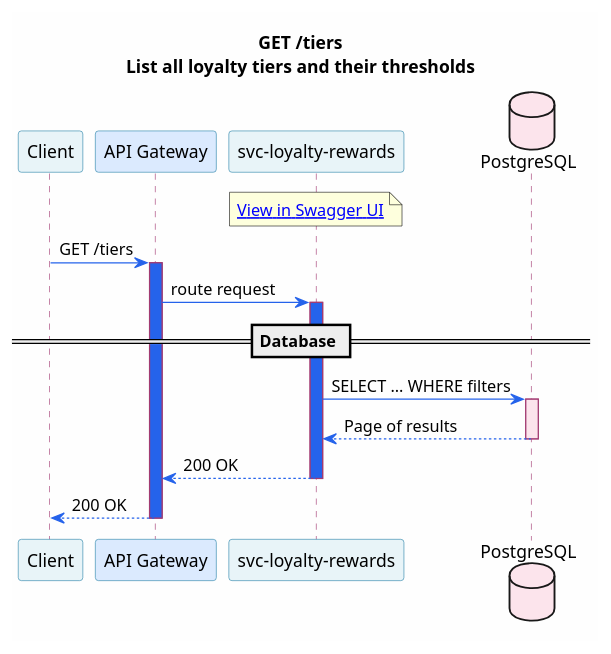
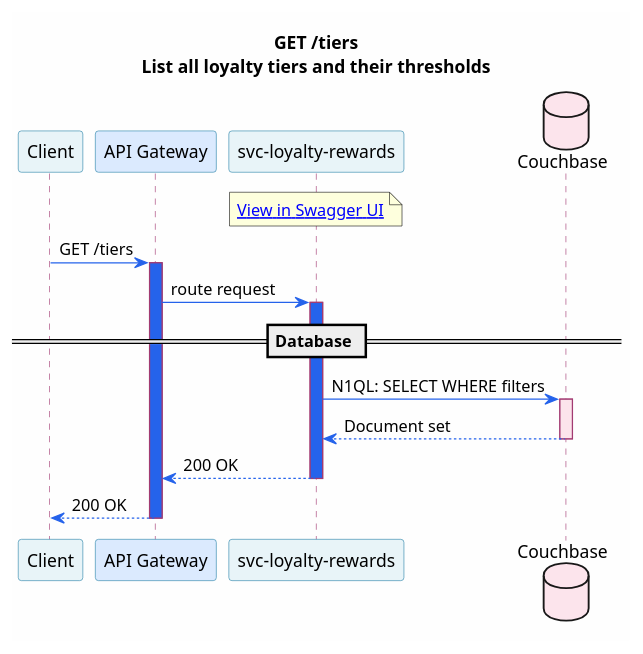
The diagram in portal/site/microservices/puml/svc-loyalty-rewards--get-tiers.puml (christopherblaisdell/continuous-architecture-platform-poc), drawn with PlantUML before and after one commit. The commit also changed 188 other files, not shown here.

Commit message:
added more complex sequence diagrams

```diff
--- a/portal/site/microservices/puml/svc-loyalty-rewards--get-tiers.puml
+++ b/portal/site/microservices/puml/svc-loyalty-rewards--get-tiers.puml
@@ -1,45 +1,45 @@
 @startuml svc-loyalty-rewards--get-tiers
 
 skinparam backgroundColor #FEFEFE
 skinparam shadowing false
 skinparam defaultFontName "Segoe UI"
 skinparam sequence {
     ArrowColor #2563eb
     ParticipantBorderColor #2E86AB
     ParticipantBackgroundColor #E8F4F8
     LifeLineBorderColor #A23B72
     BoxBorderColor #F18F01
     BoxBackgroundColor #FFF8F0
     NoteBorderColor #c77b30
     NoteBackgroundColor #FEF3E7
 }
 
 title GET /tiers\nList all loyalty tiers and their thresholds
 
 participant "Client" as Client
 participant "API Gateway" as GW #DBEAFE
 participant "svc-loyalty-rewards" as Svc [[/microservices/svc-loyalty-rewards/]] #E8F4F8
-database "PostgreSQL" as DB #FCE4EC
+database "Couchbase" as DB #FCE4EC
 
 note over Svc
   [[/services/api/svc-loyalty-rewards.html#/Tiers/listTiers View in Swagger UI]]
 end note
 
 Client -> GW : GET /tiers
 activate GW #2563eb
 GW -> Svc : route request
 activate Svc #2563eb
 
 == Database ==
 
-Svc -> DB : SELECT ... WHERE filters
+Svc -> DB : N1QL: SELECT WHERE filters
 activate DB #FCE4EC
-DB --> Svc : Page of results
+DB --> Svc : Document set
 deactivate DB
 
 Svc --> GW : 200 OK
 deactivate Svc
 GW --> Client : 200 OK
 deactivate GW
 
 @enduml
```
